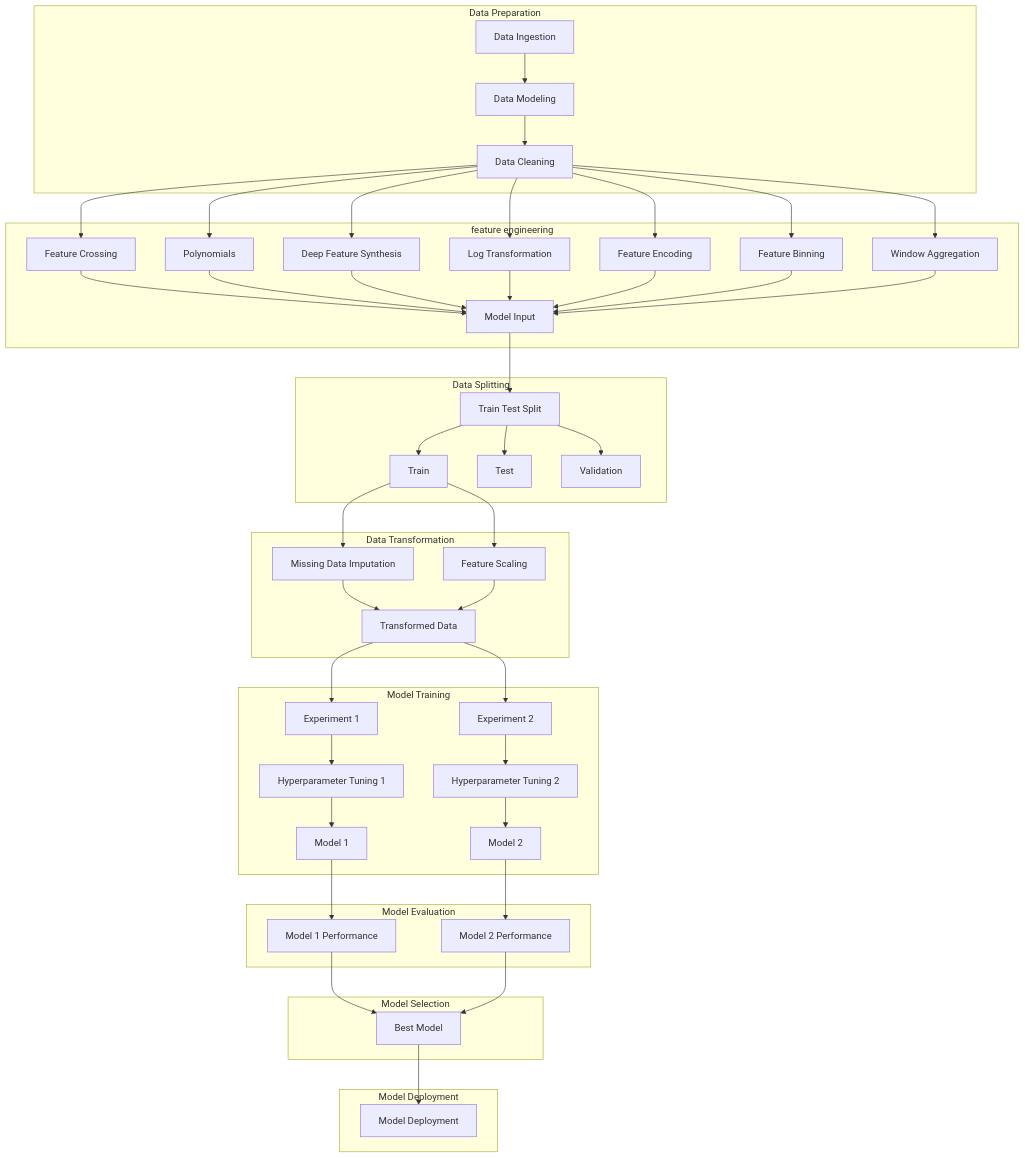
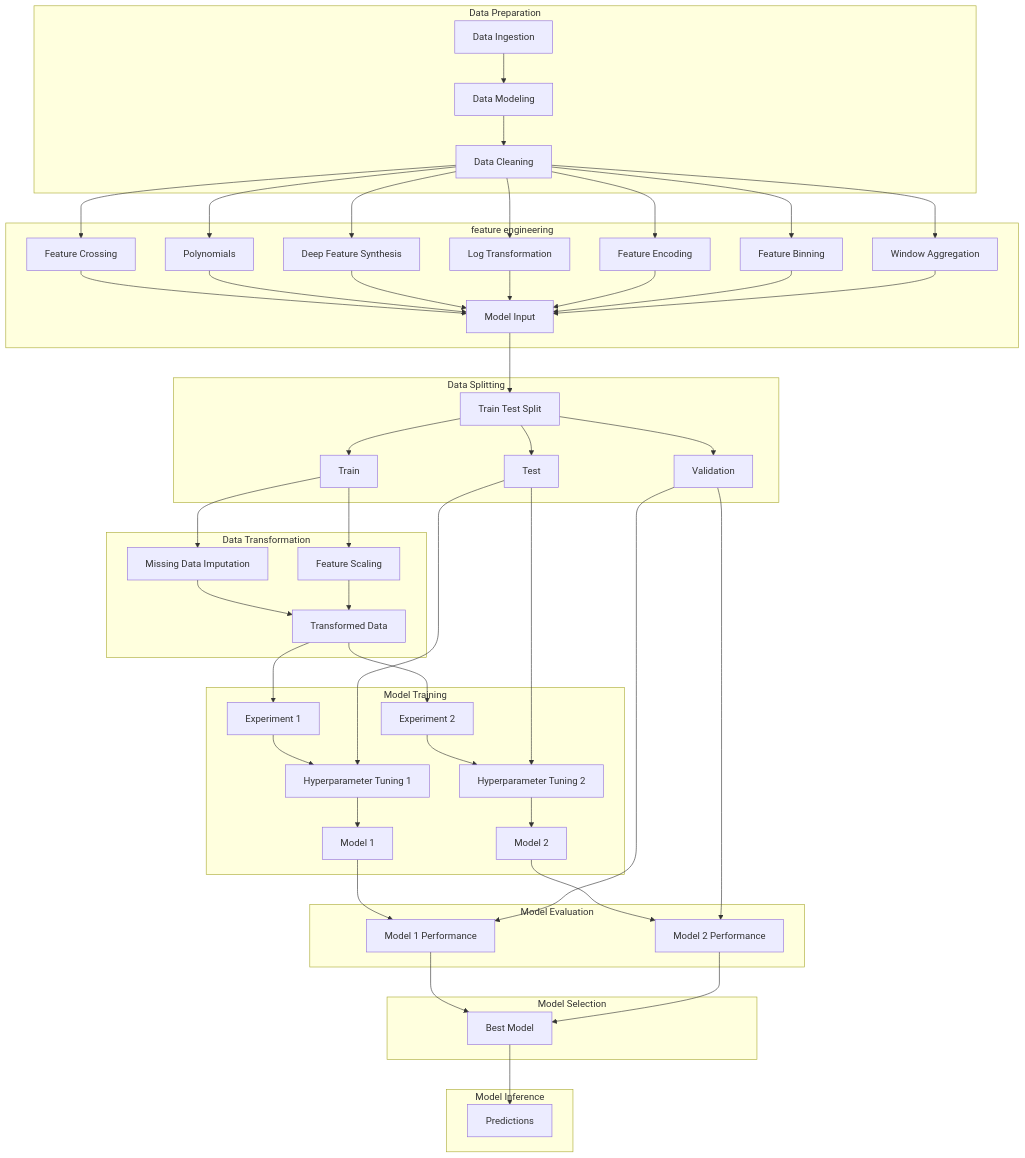
One commit to ZackLarsen/kaggle-wids-datathon-2020 changed the diagram in README.md. Above: the diagram before and after it, drawn with Mermaid. The commit also changed other lines of this file and 14 other files, not shown here.

````diff
--- a/README.md
+++ b/README.md
@@ -59,63 +52,67 @@
 ```mermaid
 graph TD
     subgraph Data Preparation
     DI[Data Ingestion] --> DM[Data Modeling]
     DM --> DC[Data Cleaning]
     end
 
     subgraph feature engineering
     DC --> FC[Feature Crossing]
     DC --> P[Polynomials]
     DC --> DFS[Deep Feature Synthesis]
     DC --> TF[Log Transformation]
     DC --> EN[Feature Encoding]
     DC --> BIN[Feature Binning]
     DC --> AGG[Window Aggregation]
     
     FC --> MI[Model Input]
     P --> MI
     DFS --> MI
     TF --> MI
     EN --> MI
     BIN --> MI
     AGG --> MI
     end
 
     subgraph Data Splitting
     MI --> TTS[Train Test Split]
     TTS --> TR[Train]
     TTS --> TE[Test]
     TTS --> VAL[Validation]
     end
 
     subgraph Data Transformation
     TR --> MDI[Missing Data Imputation]
     TR --> FS[Feature Scaling]
     MDI --> TD[Transformed Data]
     FS --> TD
     end
     
     subgraph Model Training
     TD --> E1[Experiment 1]
     E1 --> H1[Hyperparameter Tuning 1]
+    TE --> H1
     H1 --> M1[Model 1]
 
     TD --> E2[Experiment 2]
     E2 --> H2[Hyperparameter Tuning 2]
+    TE --> H2
     H2 --> M2[Model 2]
     end
 
     subgraph Model Evaluation
     M1 --> P1[Model 1 Performance]
     M2 --> P2[Model 2 Performance]
+    VAL --> P1
+    VAL --> P2
     end
 
     subgraph Model Selection
     P1 --> BM[Best Model]
     P2 --> BM
     end
 
-    subgraph Model Deployment
-    BM --> DEP[Model Deployment]
+    subgraph Model Inference
+    BM --> PREDS[Predictions]
     end
 ```
````
